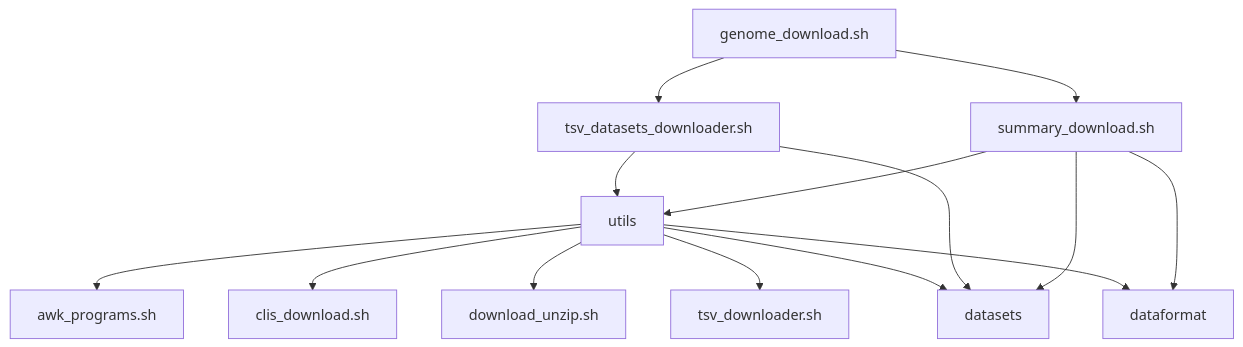
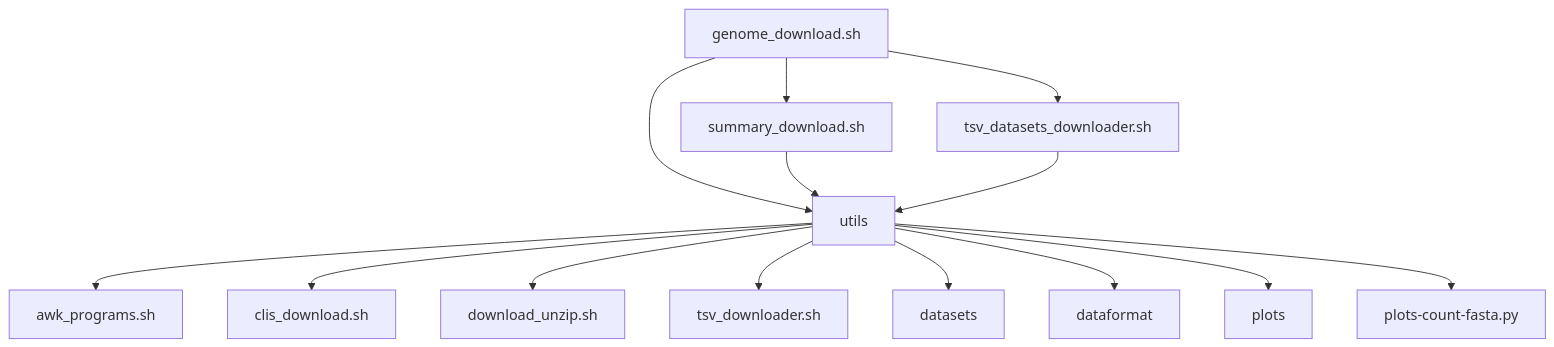
Before and after one commit to jovillarrealm/cnsg-downloader-code: the diagram in README.md, drawn with Mermaid. The commit also changed other lines of this file, not shown here.

````diff
--- a/README.md
+++ b/README.md
@@ -6,16 +47,17 @@
 ```mermaid
   graph TD;
       genome_download.sh-->summary_download.sh;
       genome_download.sh-->tsv_datasets_downloader.sh;
+      genome_download.sh-->utils;
       summary_download.sh-->utils;
-      summary_download.sh-->datasets;
-      summary_download.sh-->dataformat;
       tsv_datasets_downloader.sh-->utils;
-      tsv_datasets_downloader.sh-->datasets;
       utils-->awk_programs.sh;
       utils-->clis_download.sh;
       utils-->download_unzip.sh;
       utils-->tsv_downloader.sh;
       utils-->datasets;
       utils-->dataformat;
+      utils-->plots
+      utils-->plots-count-fasta.py
+  
 ```
````
